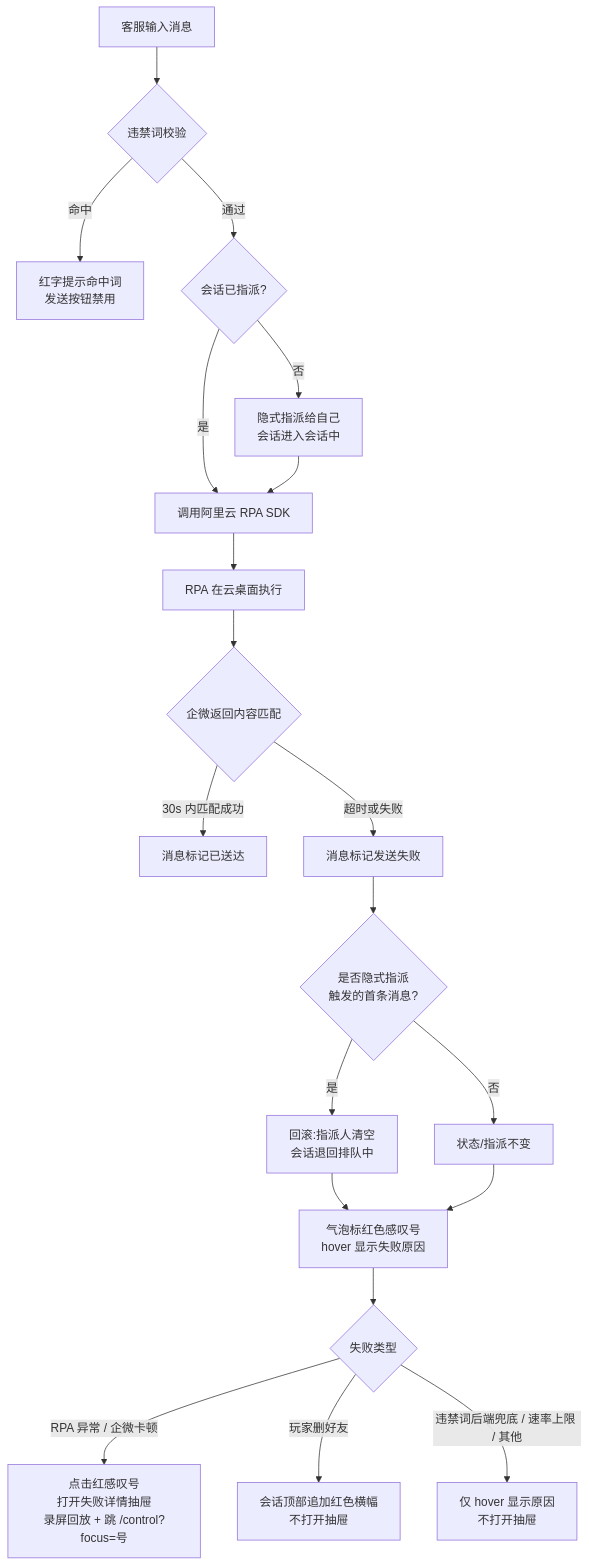
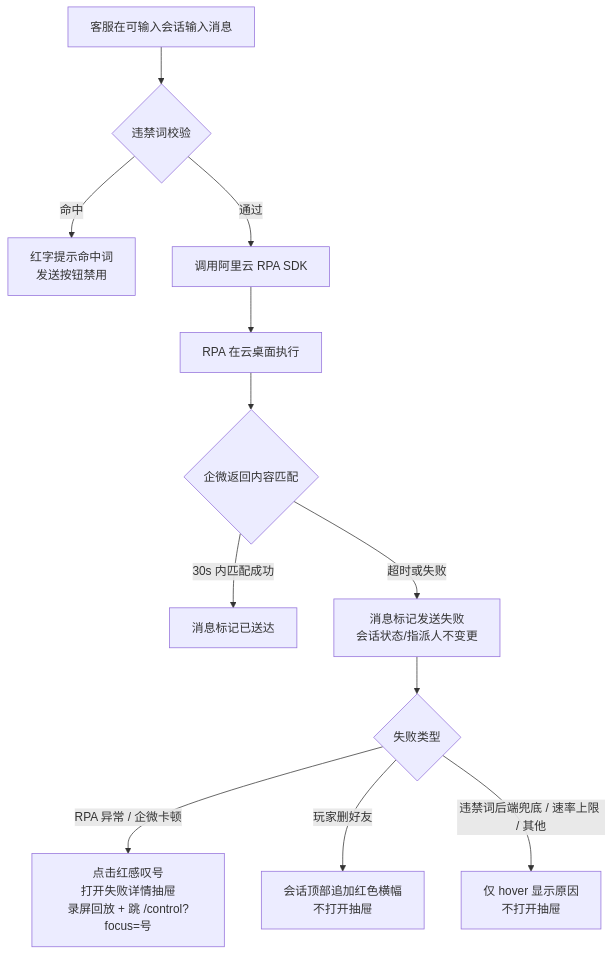
Before and after one commit to yan-pang/VIP: the second of 8 diagrams in project/domains/chat-workbench/design.md, drawn with Mermaid. The commit also changed other lines of this file and 52 other files, not shown here.

First line of the commit message:
feat: player-center 设计落定 + 新视图/组件，chat-workbench PRD 与工作台优化

````diff
--- a/project/domains/chat-workbench/design.md
+++ b/project/domains/chat-workbench/design.md
@@ -263,22 +288,14 @@
 ```mermaid
 graph TD
-    A[客服输入消息] --> B{违禁词校验}
+    A[客服在可输入会话输入消息] --> B{违禁词校验}
     B -- 命中 --> B1[红字提示命中词<br/>发送按钮禁用]
-    B -- 通过 --> C{会话已指派?}
-    C -- 否 --> C1[隐式指派给自己<br/>会话进入会话中]
-    C -- 是 --> D[调用阿里云 RPA SDK]
-    C1 --> D
+    B -- 通过 --> D[调用阿里云 RPA SDK]
     D --> E[RPA 在云桌面执行]
     E --> F{企微返回内容匹配}
     F -- 30s 内匹配成功 --> G[消息标记已送达]
-    F -- 超时或失败 --> H[消息标记发送失败]
-    H --> H0{是否隐式指派<br/>触发的首条消息?}
-    H0 -- 是 --> H0Y[回滚:指派人清空<br/>会话退回排队中]
-    H0 -- 否 --> H0N[状态/指派不变]
-    H0Y --> H1[气泡标红色感叹号<br/>hover 显示失败原因]
-    H0N --> H1
-    H1 --> I{失败类型}
+    F -- 超时或失败 --> H[消息标记发送失败<br/>会话状态/指派人不变更]
+    H --> I{失败类型}
     I -- RPA 异常 / 企微卡顿 --> I1[点击红感叹号<br/>打开失败详情抽屉<br/>录屏回放 + 跳 /control?focus=号]
     I -- 玩家删好友 --> I2[会话顶部追加红色横幅<br/>不打开抽屉]
     I -- 违禁词后端兜底 / 速率上限 / 其他 --> I3[仅 hover 显示原因<br/>不打开抽屉]
 ```
````
